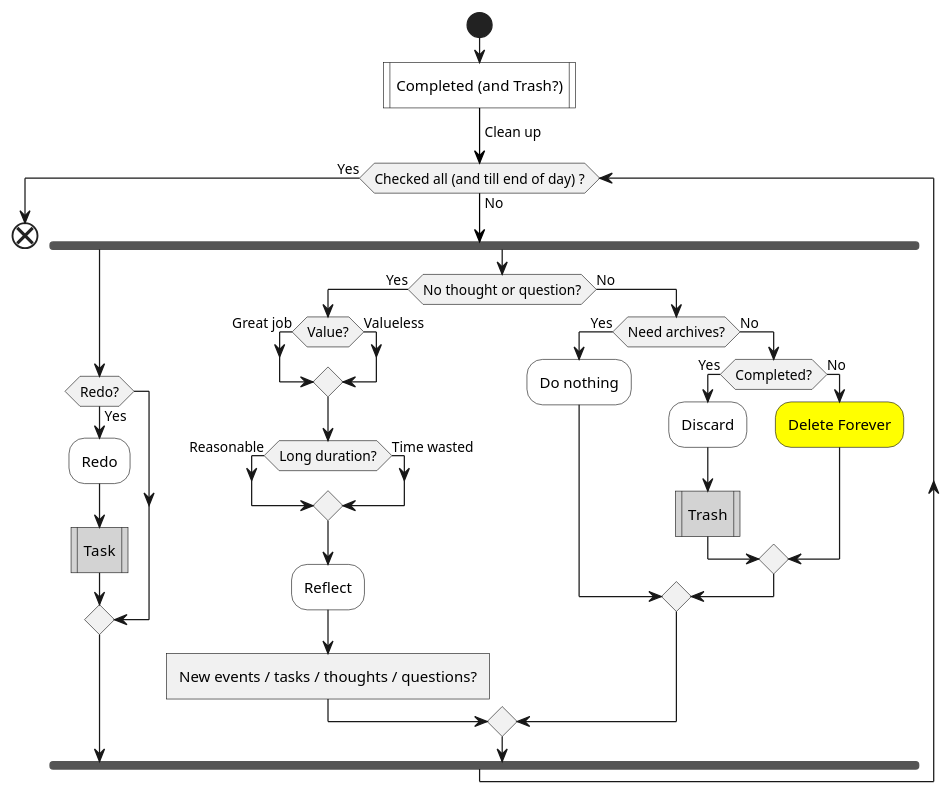
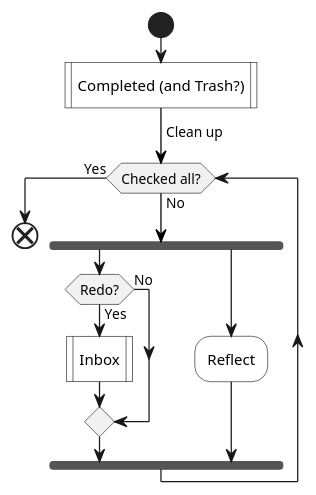
One commit to IceHe/icehe-lib changed the fifth of 5 diagrams in lifelogs/rehabilitation.md. Above: the diagram before and after it, drawn with PlantUML. The commit also changed other lines of this file and 1 other file, not shown here.

````diff
--- a/lifelogs/rehabilitation.md
+++ b/lifelogs/rehabilitation.md
@@ -405,38 +442,41 @@
 ```plantuml
 @startuml
 start
 #white:Completed (and Trash?)|
 -[#black]-> Clean up;
-while (Checked all (and till end of day) ?) is (No)
+while (Checked all?) is (No)
     fork
         if (Redo?) then (Yes)
-            #white:Redo;
-            #lightGray:Task|
+            #white:Inbox|
+            '#white:Redo;
+            '#lightGray:Task|
+        else (No)
         endif
     fork again
-        if (No thought or question?) then (Yes)
-            if (Value?) then (Great job)
-            else (Valueless)
-            endif
-            if (Long duration?) then (Reasonable)
-            else (Time wasted)
-            endif
-            #white:Reflect;
-            :New events / tasks / thoughts / questions?]
-        else (No)
-            if (Need archives?) then (Yes)
-                #white:Do nothing;
-            else (No)
-                if (Completed?) then (Yes)
-                    #white:Discard;
-                    #lightGray:Trash|
-                else (No)
-                    #yellow:Delete Forever;
-                endif
-            endif
-        endif
+        #white:Reflect;
+        'if (No thought or question?) then (Yes)
+        '    #white:Reflect;
+        '    'if (Value?) then (Great job)
+        '    'else (Valueless)
+        '    'endif
+        '    'if (Long duration?) then (Reasonable)
+        '    'else (Time wasted)
+        '    'endif
+        '    ':New events / tasks / thoughts / questions?]
+        'else (No)
+        '    'if (Need archives?) then (Yes)
+        '    '    #white:Do nothing;
+        '    'else (No)
+        '    '    if (Completed?) then (Yes)
+        '    '        #white:Discard;
+        '    '        #lightGray:Trash|
+        '    '    else (No)
+        '    '        #yellow:Delete Forever;
+        '    '    endif
+        '    'endif
+        'endif
     end fork
 endwhile (Yes)
 end
 @enduml
 ```
````
